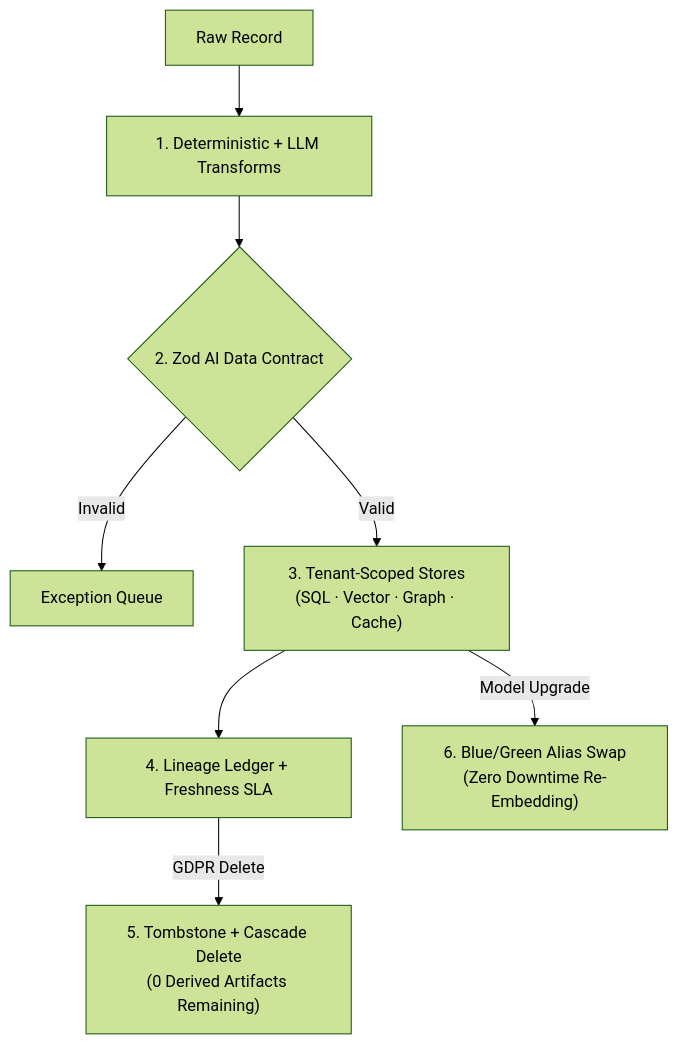
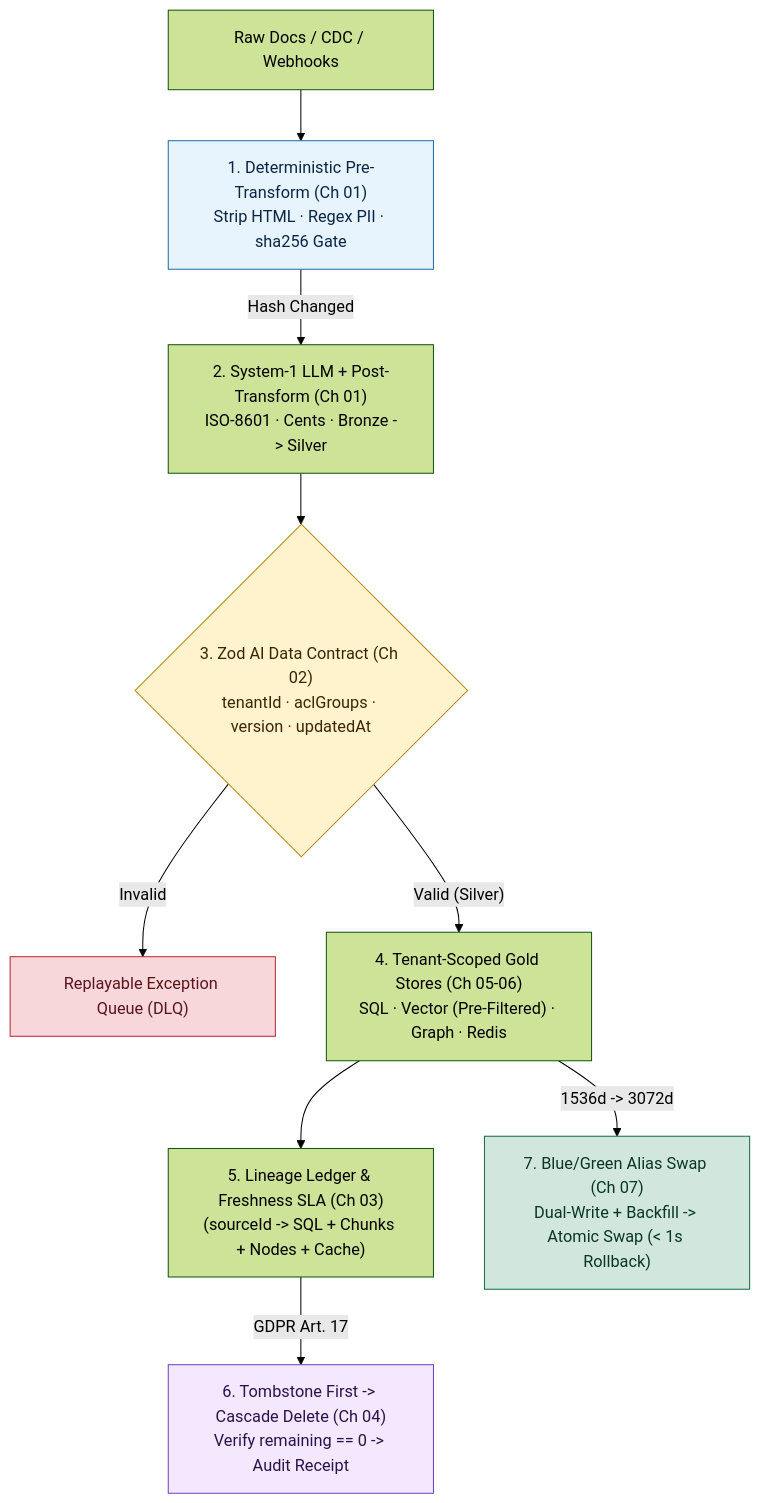
Before and after one commit to Amie-dev/FDE-and-GenAI-Mastery: the diagram in Lecture 25 - AI Data Contracts and Lakehouse Lifecycle/notes/Lecture_25_Complete_Notes.md, drawn with Mermaid (forest theme). The commit also changed other lines of this file and 13 other files, not shown here.

Commit message:
Refactor Lecture 44 and Lecture 45 notes for clarity and depth; enhance structure with executive summaries, chapter-by-chapter revisions, and detailed cheat sheets. Update diagrams to reflect improved architecture and flow, emphasizing security measures and identity management protocols.

````diff
--- a/Lecture 25 - AI Data Contracts and Lakehouse Lifecycle/notes/Lecture_25_Complete_Notes.md
+++ b/Lecture 25 - AI Data Contracts and Lakehouse Lifecycle/notes/Lecture_25_Complete_Notes.md
@@ -34,10 +36,17 @@
 ```mermaid
 flowchart TD
-    Raw["Raw Record"] --> Det["1. Deterministic + LLM Transforms"]
-    Det --> Contract{"2. Zod AI Data Contract"}
-    Contract -->|"Invalid"| DLQ["Exception Queue"]
-    Contract -->|"Valid"| Stores["3. Tenant-Scoped Stores<br/>(SQL · Vector · Graph · Cache)"]
-    Stores --> Ledger["4. Lineage Ledger + Freshness SLA"]
-    Ledger -->|"GDPR Delete"| Cascade["5. Tombstone + Cascade Delete<br/>(0 Derived Artifacts Remaining)"]
-    Stores -->|"Model Upgrade"| BG["6. Blue/Green Alias Swap<br/>(Zero Downtime Re-Embedding)"]
+    Raw["Raw Docs / CDC / Webhooks"] --> Det1["1. Deterministic Pre-Transform (Ch 01)<br/>Strip HTML · Regex PII · sha256 Gate"]
+    Det1 -->|"Hash Changed"| LLM["2. System-1 LLM + Post-Transform (Ch 01)<br/>ISO-8601 · Cents · Bronze -> Silver"]
+    LLM --> Contract{"3. Zod AI Data Contract (Ch 02)<br/>tenantId · aclGroups · version · updatedAt"}
+    Contract -->|"Invalid"| DLQ["Replayable Exception Queue (DLQ)"]
+    Contract -->|"Valid (Silver)"| Stores["4. Tenant-Scoped Gold Stores (Ch 05-06)<br/>SQL · Vector (Pre-Filtered) · Graph · Redis"]
+    Stores --> Ledger["5. Lineage Ledger & Freshness SLA (Ch 03)<br/>(sourceId -> SQL + Chunks + Nodes + Cache)"]
+    Ledger -->|"GDPR Art. 17"| Tomb["6. Tombstone First -> Cascade Delete (Ch 04)<br/>Verify remaining == 0 -> Audit Receipt"]
+    Stores -->|"1536d -> 3072d"| BG["7. Blue/Green Alias Swap (Ch 07)<br/>Dual-Write + Backfill -> Atomic Swap (< 1s Rollback)"]
+
+    style Det1 fill:#e8f4fd,stroke:#1d6fa5,color:#0b2545
+    style Contract fill:#fff3cd,stroke:#b78103,color:#3b2600
+    style DLQ fill:#f8d7da,stroke:#b02a37,color:#58151c
+    style Tomb fill:#f3e8fd,stroke:#6f42c1,color:#2b124c
+    style BG fill:#d1e7dd,stroke:#146c43,color:#0a3622
 ```
````
